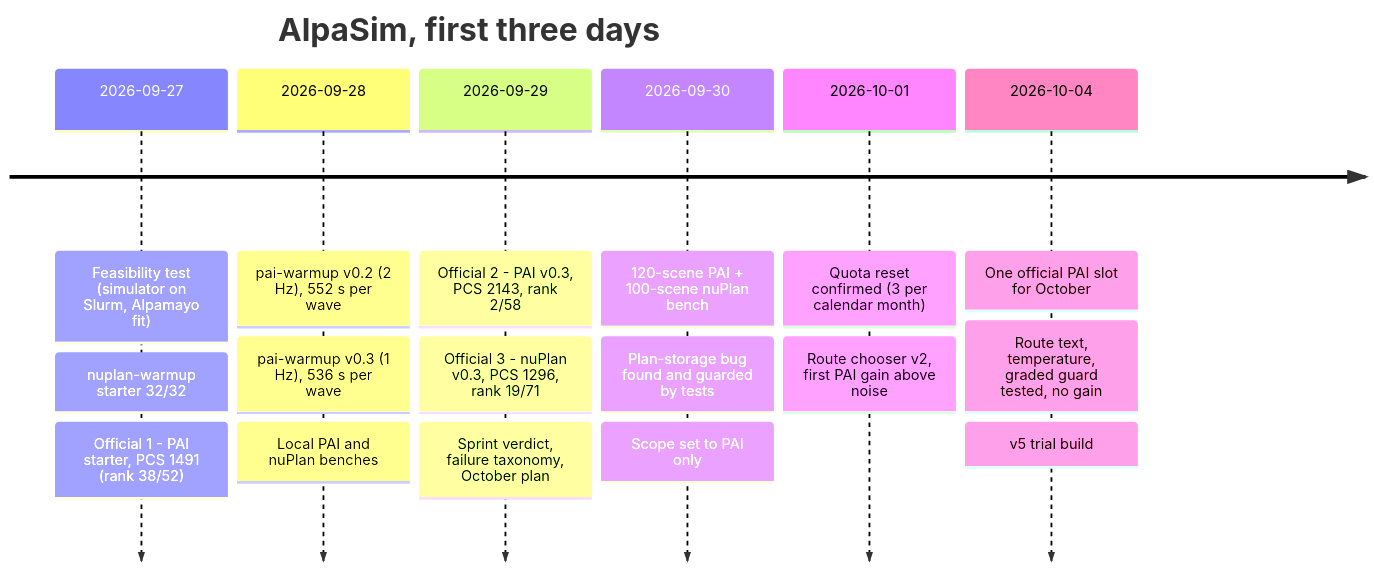
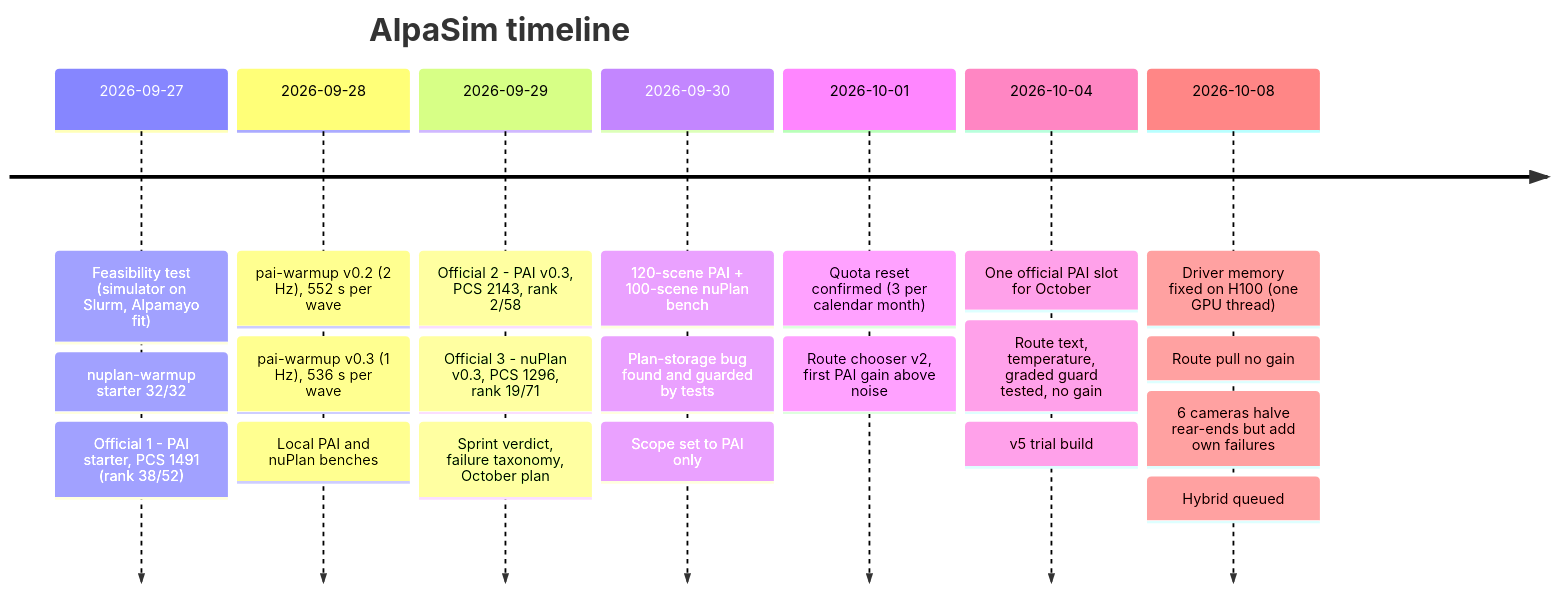
Before and after one commit to amanupg/alpasim-challenge-2026: the seventh of 7 diagrams in README.md, drawn with Mermaid. The commit also changed other lines of this file, not shown here.

Commit message:
README: October PAI table and timeline updated with route pull, 6 cameras, hybrid

````diff
--- a/README.md
+++ b/README.md
@@ -234,10 +237,11 @@
 ```mermaid
 timeline
-  title AlpaSim, first three days
+  title AlpaSim timeline
   2026-09-27 : Feasibility test (simulator on Slurm, Alpamayo fit) : nuplan-warmup starter 32/32 : Official 1 - PAI starter, PCS 1491 (rank 38/52)
   2026-09-28 : pai-warmup v0.2 (2 Hz), 552 s per wave : pai-warmup v0.3 (1 Hz), 536 s per wave : Local PAI and nuPlan benches
   2026-09-29 : Official 2 - PAI v0.3, PCS 2143, rank 2/58 : Official 3 - nuPlan v0.3, PCS 1296, rank 19/71 : Sprint verdict, failure taxonomy, October plan
   2026-09-30 : 120-scene PAI + 100-scene nuPlan bench : Plan-storage bug found and guarded by tests : Scope set to PAI only
   2026-10-01 : Quota reset confirmed (3 per calendar month) : Route chooser v2, first PAI gain above noise
   2026-10-04 : One official PAI slot for October : Route text, temperature, graded guard tested, no gain : v5 trial build
+  2026-10-08 : Driver memory fixed on H100 (one GPU thread) : Route pull no gain : 6 cameras halve rear-ends but add own failures : Hybrid queued
 ```
````
